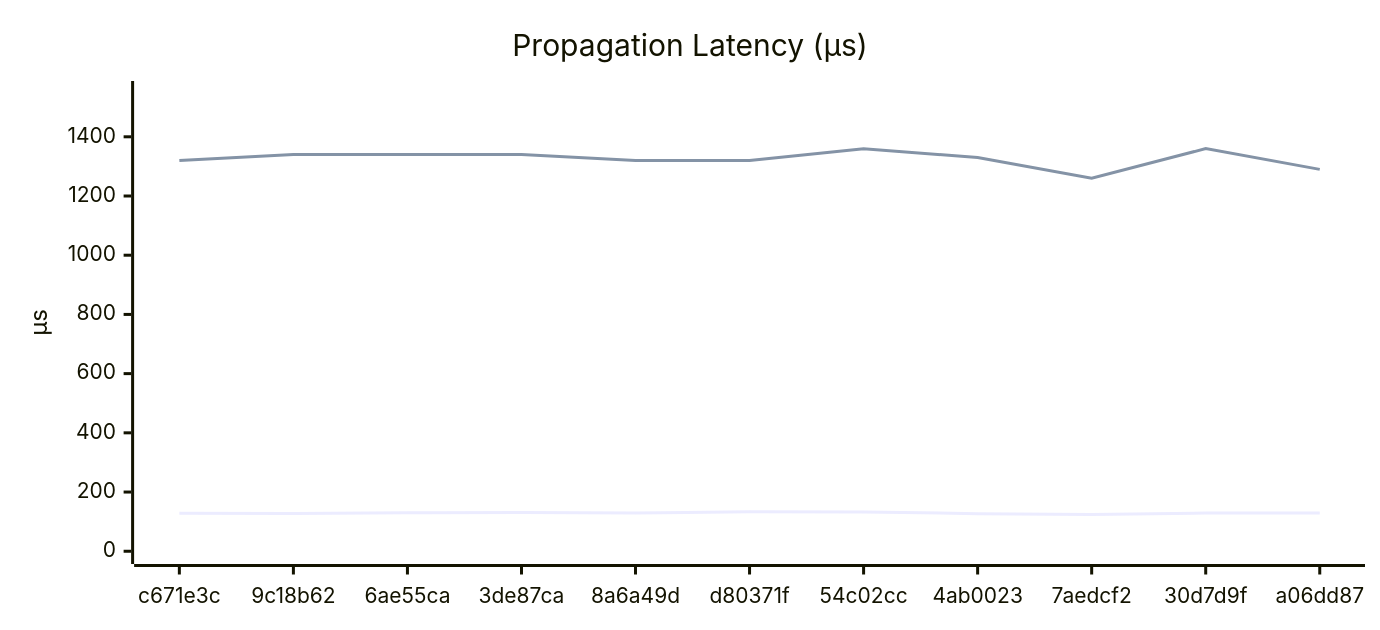
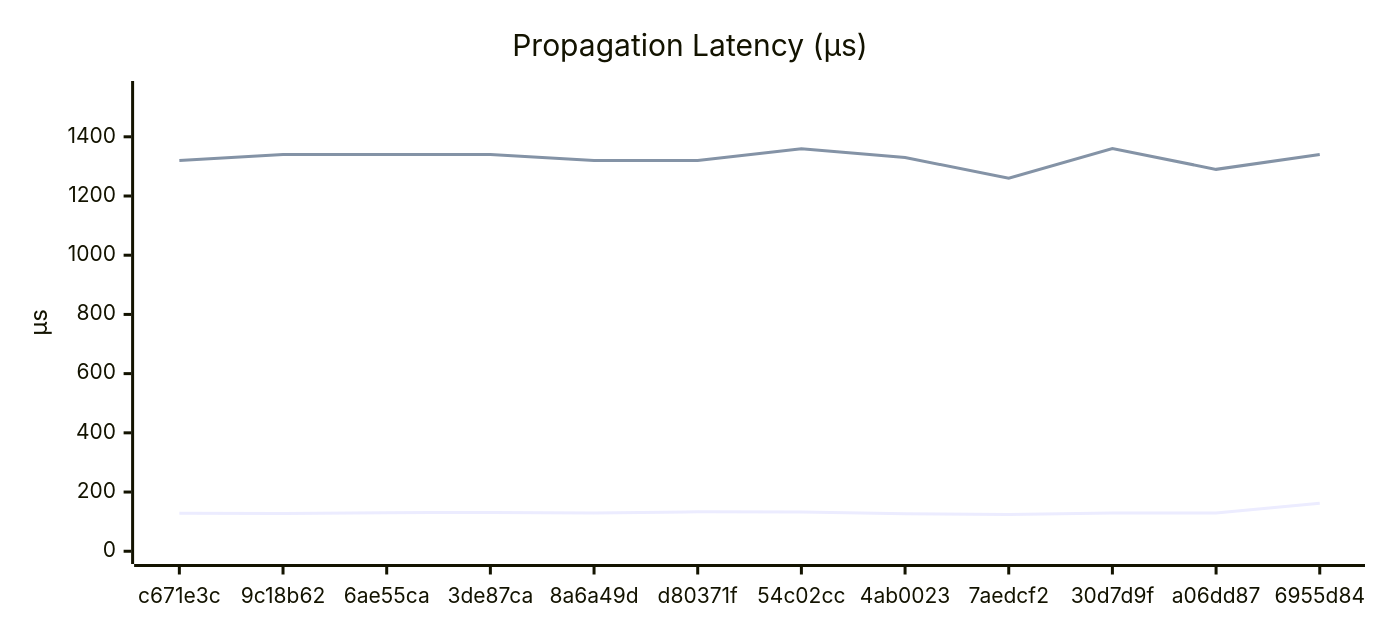
Before and after one commit to Ikolvi/Titan: the third of 6 diagrams in docs/BENCHMARKS.md, drawn with Mermaid. The commit also changed other lines of this file, not shown here.

````diff
--- a/docs/BENCHMARKS.md
+++ b/docs/BENCHMARKS.md
@@ -117,15 +118,15 @@
 ```mermaid
 ---
 config:
     xyChart:
         width: 900
         height: 400
         plotColorPalette: "#4e79a7, #f28e2c, #e15759, #76b7b2, #59a14f, #edc949"
 ---
 xychart-beta
     title "Propagation Latency (µs)"
-    x-axis ["c671e3c", "9c18b62", "6ae55ca", "3de87ca", "8a6a49d", "d80371f", "54c02cc", "4ab0023", "7aedcf2", "30d7d9f", "a06dd87"]
+    x-axis ["c671e3c", "9c18b62", "6ae55ca", "3de87ca", "8a6a49d", "d80371f", "54c02cc", "4ab0023", "7aedcf2", "30d7d9f", "a06dd87", "6955d84"]
     y-axis "µs" 0.0 --> 1545.4
-    line [128.7, 127.4, 130.4, 130.7, 129.4, 133.4, 132.8, 127.0, 124.0, 128.9, 129.6]
-    line [1320.0, 1340.0, 1340.0, 1340.0, 1320.0, 1320.0, 1360.0, 1330.0, 1260.0, 1360.0, 1290.0]
+    line [128.7, 127.4, 130.4, 130.7, 129.4, 133.4, 132.8, 127.0, 124.0, 128.9, 129.6, 162.4]
+    line [1320.0, 1340.0, 1340.0, 1340.0, 1320.0, 1320.0, 1360.0, 1330.0, 1260.0, 1360.0, 1290.0, 1340.0]
 ```
````
